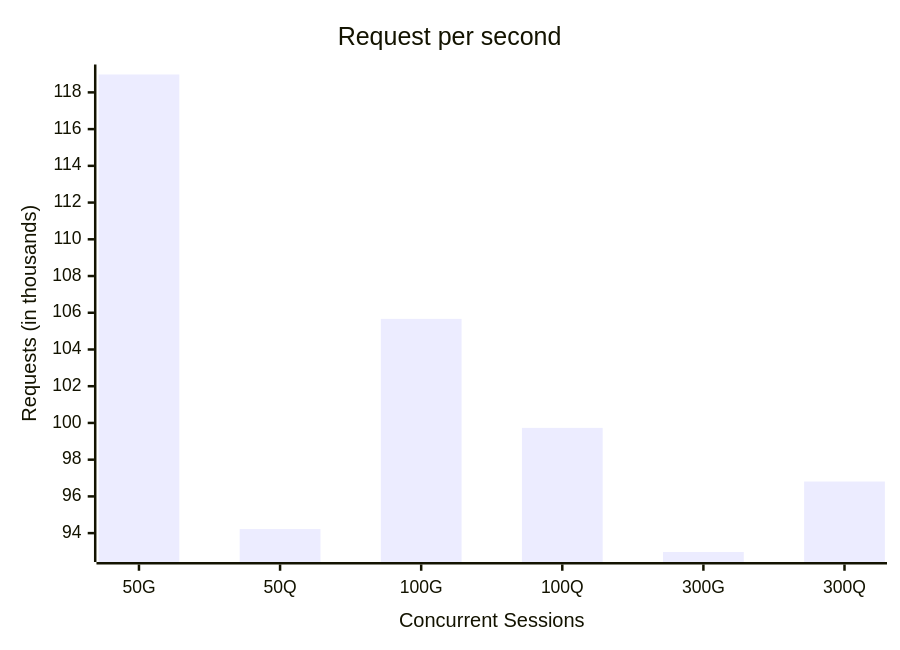
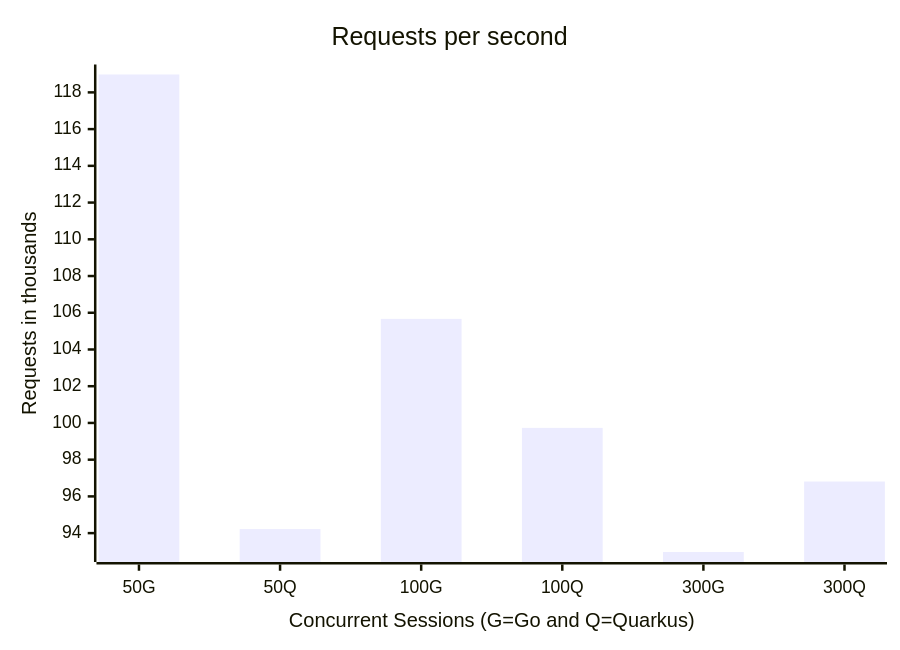
The second of 2 diagrams in docs/testing/benchmarking.md (romdalf/ocp-projects), drawn with Mermaid before and after one commit. The commit also changed other lines of this file, not shown here.

````diff
--- a/docs/testing/benchmarking.md
+++ b/docs/testing/benchmarking.md
@@ -411,7 +417,7 @@
 ```mermaid
 xychart-beta
-  title "Request per second"
-  x-axis "Concurrent Sessions" [50G, 50Q, 100G, 100Q, 300G, 300Q]
-  y-axis "Requests (in thousands)" 
+  title "Requests per second"
+  x-axis "Concurrent Sessions (G=Go and Q=Quarkus)" [50G, 50Q, 100G, 100Q, 300G, 300Q]
+  y-axis "Requests in thousands" 
   bar [118.974, 94.220, 105.666, 99.732, 92.972, 96.810]
 ```
````
